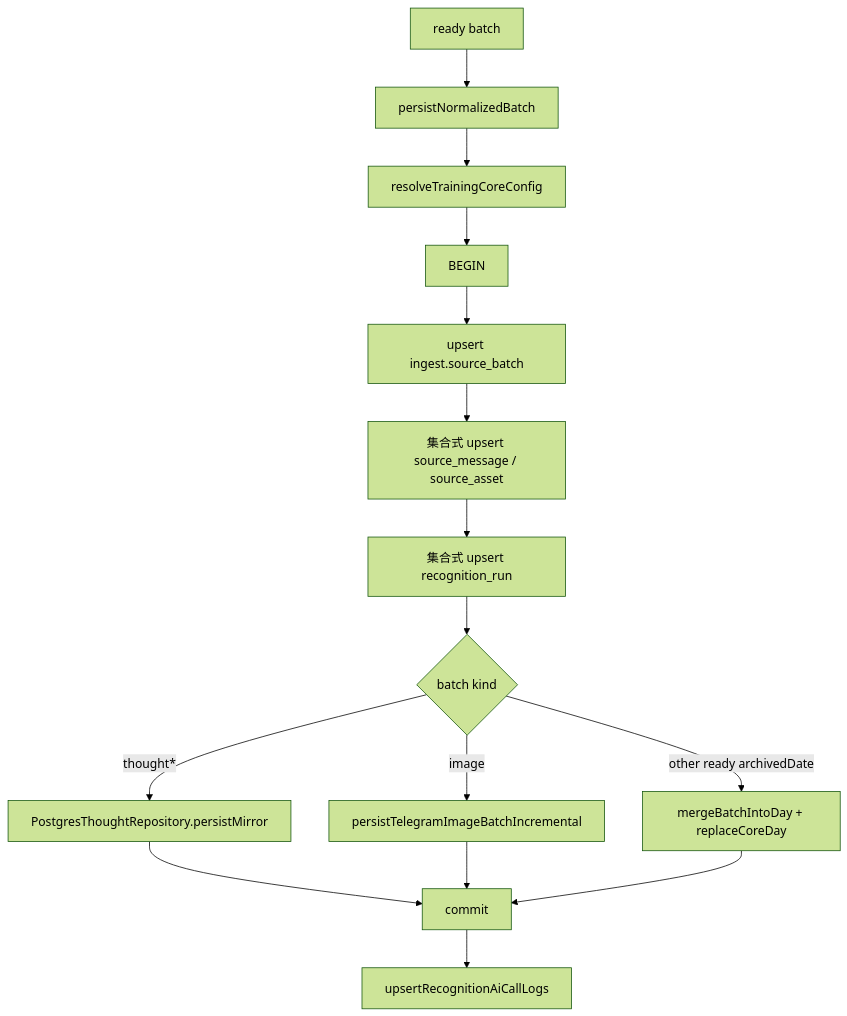
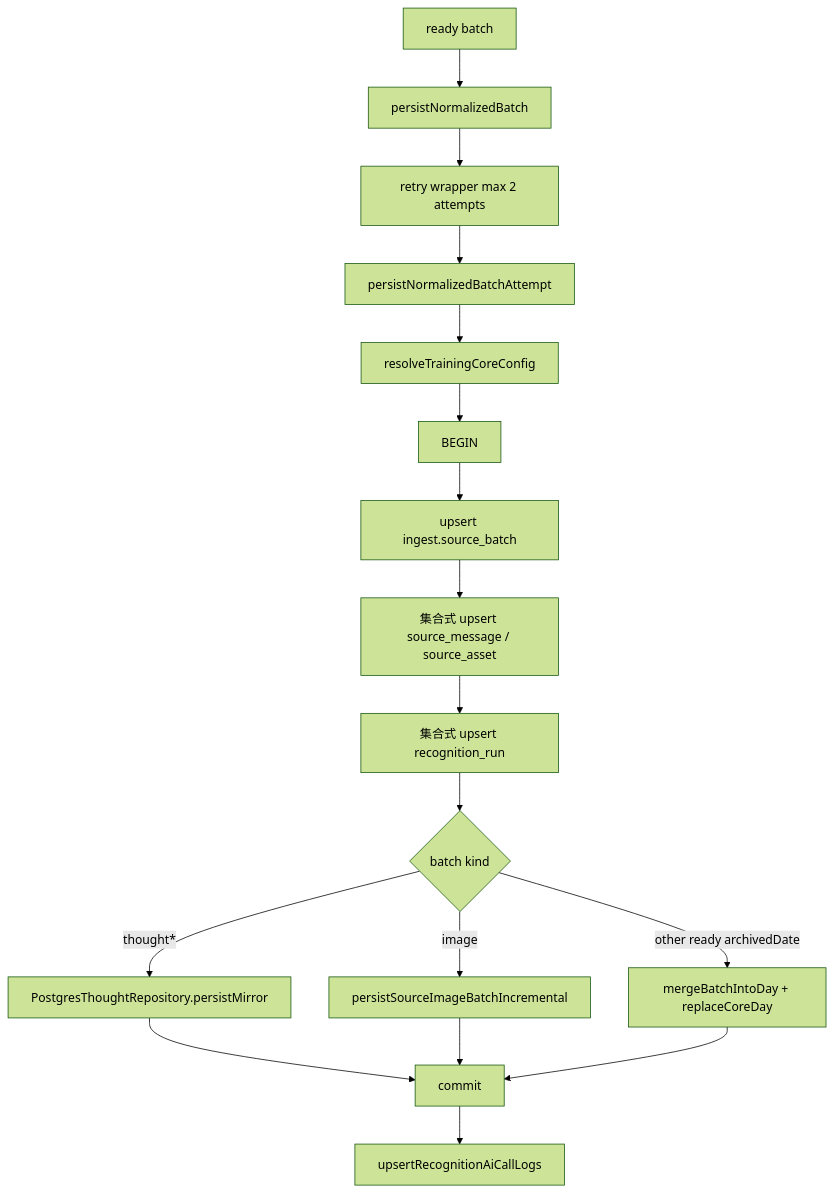
Before and after one commit to soulgo/training_records: the diagram in docs/02_系统核心逻辑/数据入库流程.md, drawn with Mermaid (forest theme). The commit also changed other lines of this file and 87 other files, not shown here.

````diff
--- a/docs/02_系统核心逻辑/数据入库流程.md
+++ b/docs/02_系统核心逻辑/数据入库流程.md
@@ -5,17 +5,19 @@
 ```mermaid
 flowchart TD
   A[ready batch] --> B[persistNormalizedBatch]
-  B --> C[resolveTrainingCoreConfig]
-  C --> F[BEGIN]
+  B --> B1[retry wrapper max 2 attempts]
+  B1 --> C[persistNormalizedBatchAttempt]
+  C --> D[resolveTrainingCoreConfig]
+  D --> F[BEGIN]
   F --> G[upsert ingest.source_batch]
   G --> H[集合式 upsert source_message / source_asset]
   H --> I[集合式 upsert recognition_run]
   I --> J{batch kind}
   J -->|thought*| K[PostgresThoughtRepository.persistMirror]
-  J -->|image| L[persistTelegramImageBatchIncremental]
+  J -->|image| L[persistSourceImageBatchIncremental]
   J -->|other ready archivedDate| M[mergeBatchIntoDay + replaceCoreDay]
   K --> N[commit]
   L --> N
   M --> N
   N --> O[upsertRecognitionAiCallLogs]
 ```
````
